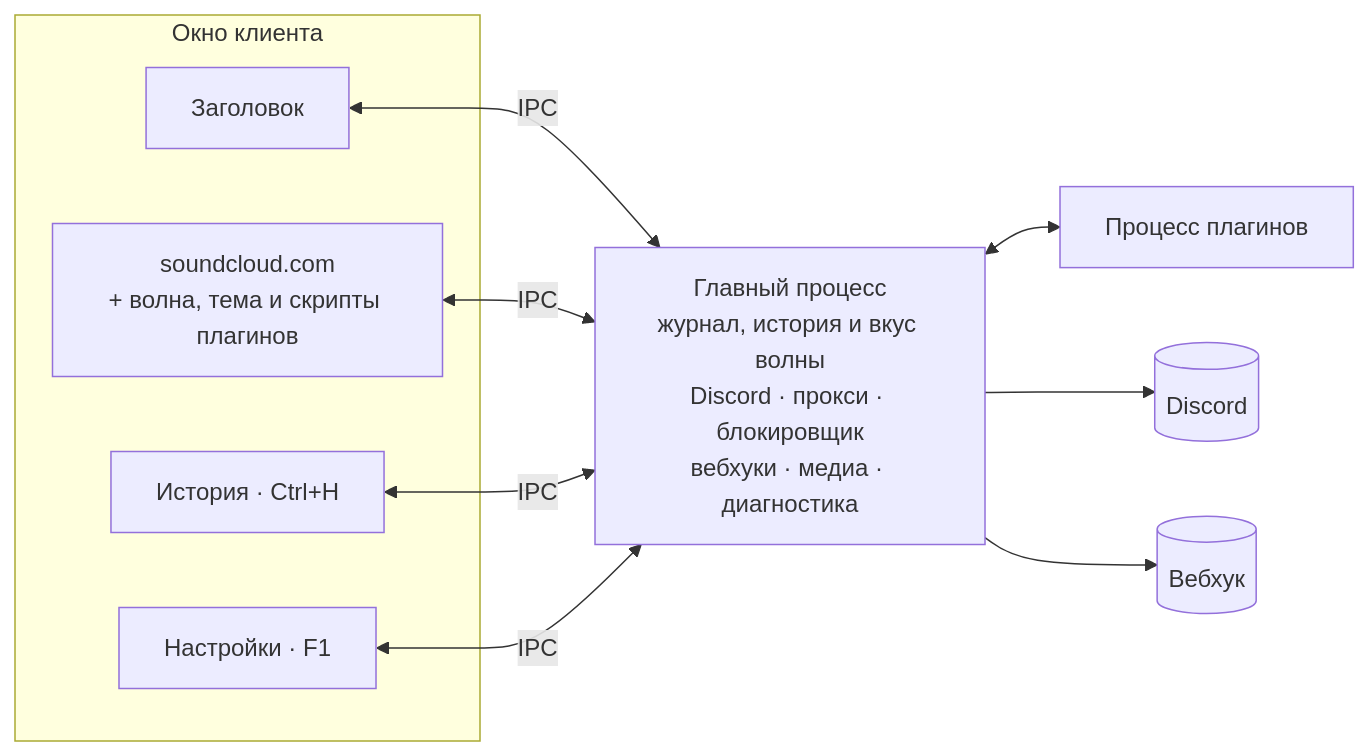
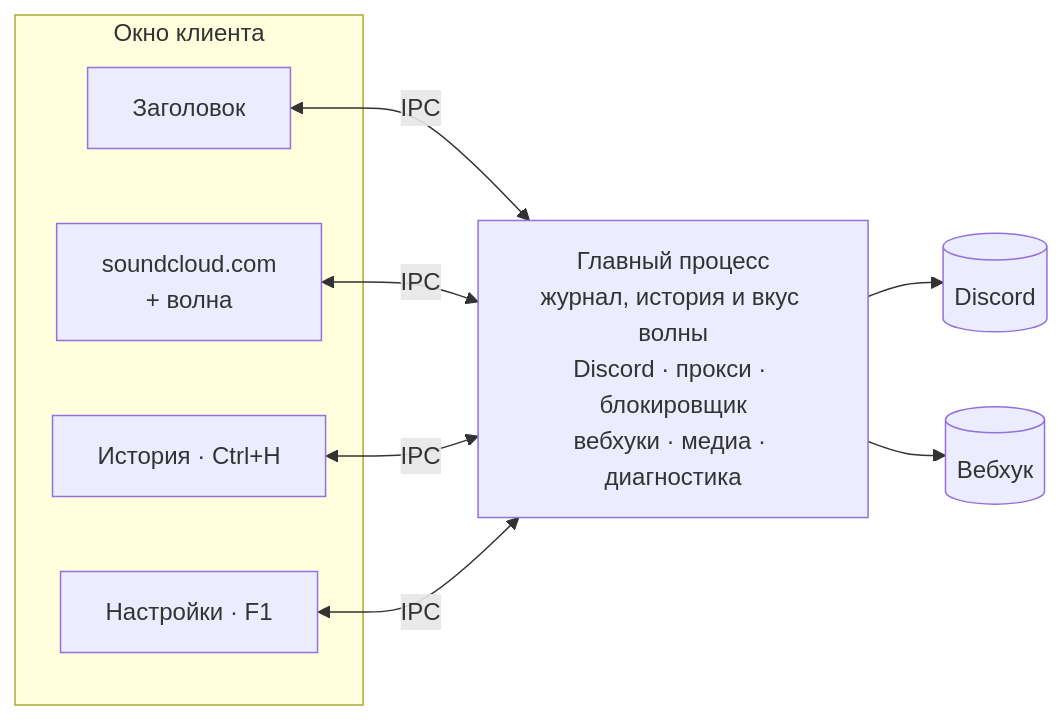
One commit to zxczxczxczxczxczxc1111/soundcloud-desktop changed the diagram in README.md. Above: the diagram before and after it, drawn with Mermaid. The commit also changed other lines of this file and 31 other files, not shown here.

````diff
--- a/README.md
+++ b/README.md
@@ -249,20 +178,18 @@
 ```mermaid
 flowchart LR
     subgraph win["Окно клиента"]
         header["Заголовок"]
-        page["soundcloud.com<br/>+ волна, тема и скрипты плагинов"]
+        page["soundcloud.com<br/>+ волна"]
         history["История · Ctrl+H"]
         settings["Настройки · F1"]
     end
 
     main["Главный процесс<br/>журнал, история и вкус волны<br/>Discord · прокси · блокировщик<br/>вебхуки · медиа · диагностика"]
-    plugins["Процесс плагинов"]
 
     header <-->|IPC| main
     page <-->|IPC| main
     history <-->|IPC| main
     settings <-->|IPC| main
-    main <--> plugins
     main --> discord[("Discord")]
     main --> hook[("Вебхук")]
 ```
````
